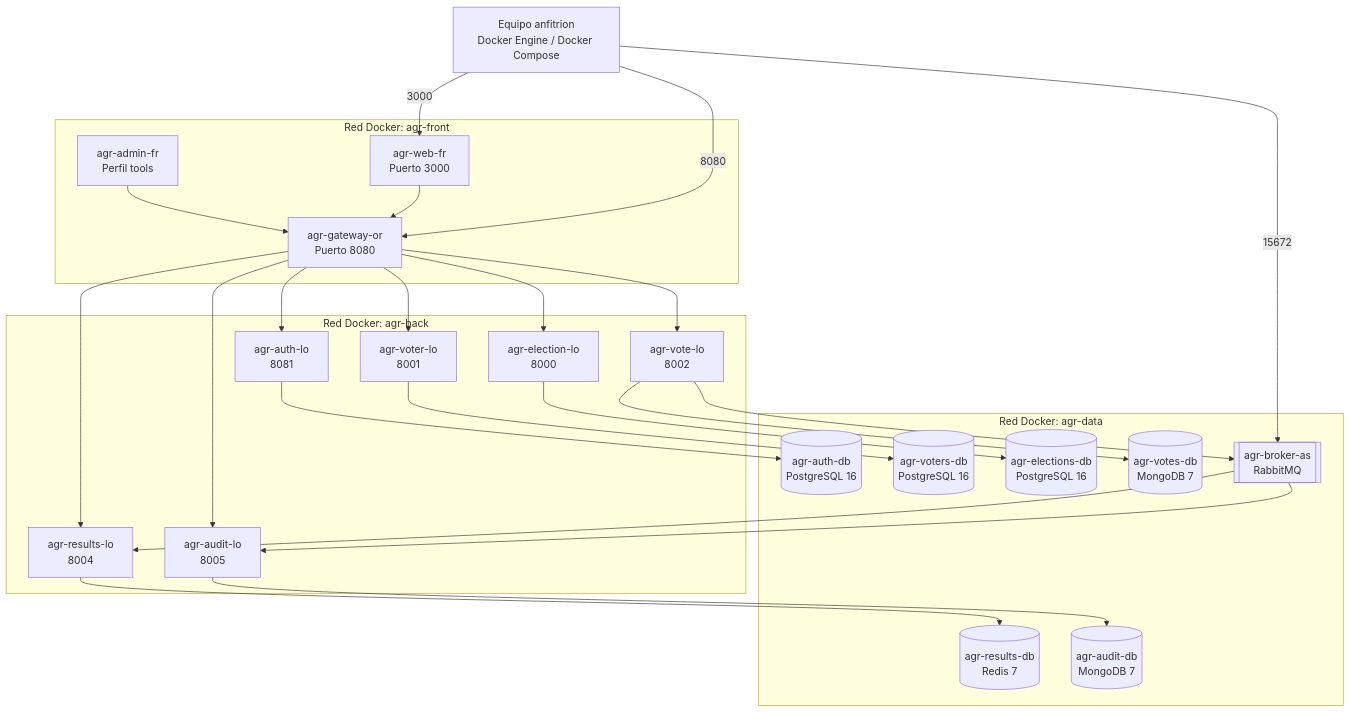
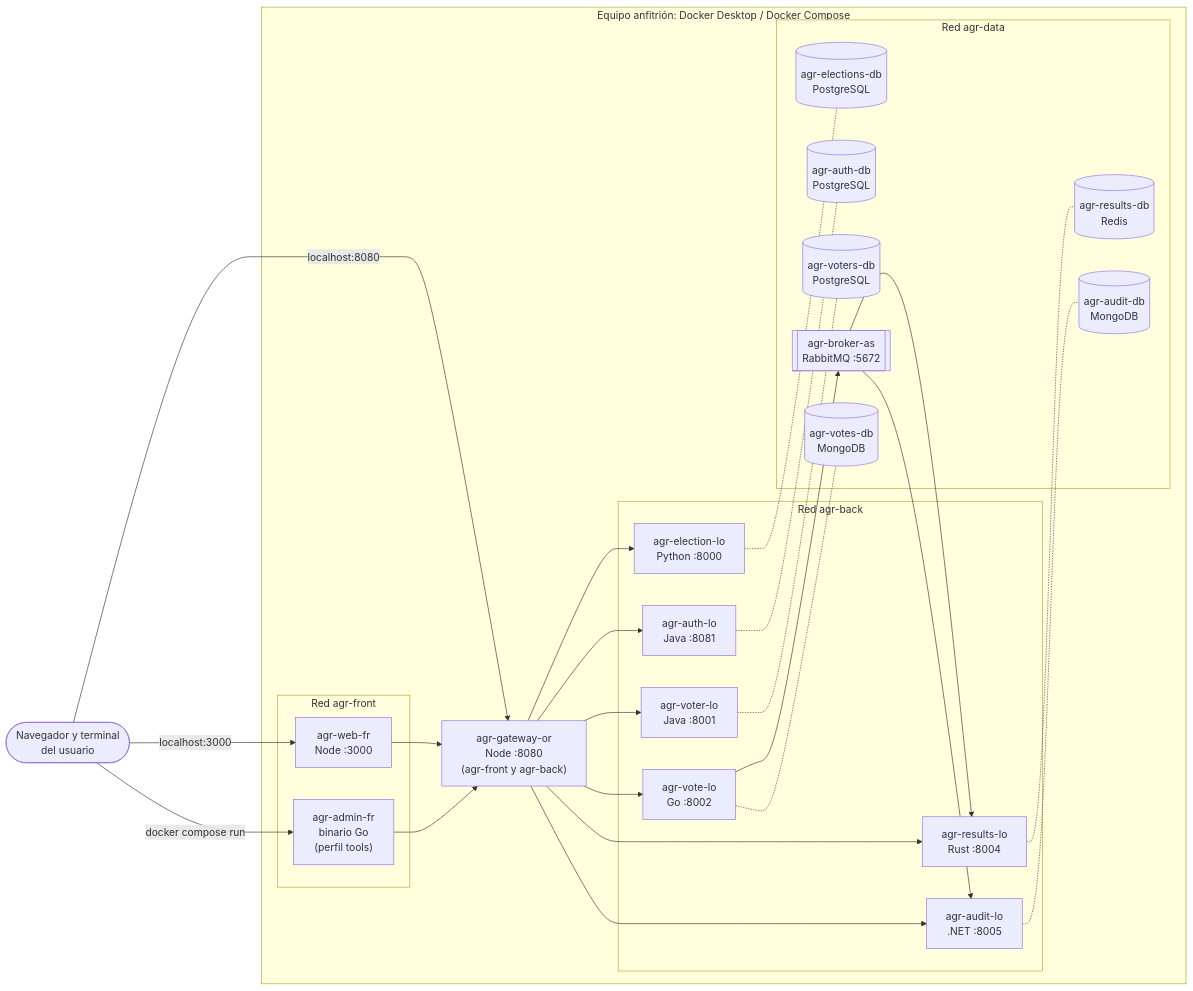
One commit to Cam152/ArquiSoft changed the second of 4 diagrams in artifacts/p2_1b.md. Above: the diagram before and after it, drawn with Mermaid.

````diff
--- a/artifacts/p2_1b.md
+++ b/artifacts/p2_1b.md
@@ -263,54 +263,57 @@
 ```mermaid
-flowchart TB
-    HOST["Equipo anfitrion<br/>Docker Engine / Docker Compose"]
+flowchart LR
+    USER(["Navegador y terminal<br/>del usuario"])
 
-    subgraph FRONT["Red Docker: agr-front"]
-        WEB["agr-web-fr<br/>Puerto 3000"]
-        CLI["agr-admin-fr<br/>Perfil tools"]
-        GW["agr-gateway-or<br/>Puerto 8080"]
+    subgraph HOST["Equipo anfitrión: Docker Desktop / Docker Compose"]
+        subgraph FRONT["Red agr-front"]
+            WEB["agr-web-fr<br/>Node :3000"]
+            CLI["agr-admin-fr<br/>binario Go<br/>(perfil tools)"]
+        end
+
+        GW["agr-gateway-or<br/>Node :8080<br/>(agr-front y agr-back)"]
+
+        subgraph BACK["Red agr-back"]
+            ELECTION["agr-election-lo<br/>Python :8000"]
+            AUTH["agr-auth-lo<br/>Java :8081"]
+            VOTER["agr-voter-lo<br/>Java :8001"]
+            RESULTS["agr-results-lo<br/>Rust :8004"]
+            AUDIT["agr-audit-lo<br/>.NET :8005"]
+            VOTE["agr-vote-lo<br/>Go :8002"]
+        end
+
+        subgraph DATA["Red agr-data"]
+            ELECTIONDB[("agr-elections-db<br/>PostgreSQL")]
+            AUTHDB[("agr-auth-db<br/>PostgreSQL")]
+            VOTERDB[("agr-voters-db<br/>PostgreSQL")]
+            RESULTSDB[("agr-results-db<br/>Redis")]
+            AUDITDB[("agr-audit-db<br/>MongoDB")]
+            BROKER[["agr-broker-as<br/>RabbitMQ :5672"]]
+            VOTEDB[("agr-votes-db<br/>MongoDB")]
+        end
     end
 
-    subgraph BACK["Red Docker: agr-back"]
-        AUTH["agr-auth-lo<br/>8081"]
-        VOTER["agr-voter-lo<br/>8001"]
-        ELECTION["agr-election-lo<br/>8000"]
-        VOTE["agr-vote-lo<br/>8002"]
-        RESULTS["agr-results-lo<br/>8004"]
-        AUDIT["agr-audit-lo<br/>8005"]
-    end
-
-    subgraph DATA["Red Docker: agr-data"]
-        AUTHDB[("agr-auth-db<br/>PostgreSQL 16")]
-        VOTERDB[("agr-voters-db<br/>PostgreSQL 16")]
-        ELECTIONDB[("agr-elections-db<br/>PostgreSQL 16")]
-        VOTEDB[("agr-votes-db<br/>MongoDB 7")]
-        RESULTSDB[("agr-results-db<br/>Redis 7")]
-        AUDITDB[("agr-audit-db<br/>MongoDB 7")]
-        BROKER[["agr-broker-as<br/>RabbitMQ"]]
-    end
-
-    HOST -->|"3000"| WEB
-    HOST -->|"8080"| GW
-    HOST -->|"15672"| BROKER
+    USER -->|"localhost:3000"| WEB
+    USER -->|"docker compose run"| CLI
+    USER -->|"localhost:8080"| GW
 
     WEB --> GW
     CLI --> GW
 
+    GW --> ELECTION
     GW --> AUTH
     GW --> VOTER
-    GW --> ELECTION
-    GW --> VOTE
     GW --> RESULTS
     GW --> AUDIT
+    GW --> VOTE
 
-    AUTH --> AUTHDB
-    VOTER --> VOTERDB
-    ELECTION --> ELECTIONDB
-    VOTE --> VOTEDB
-    RESULTS --> RESULTSDB
-    AUDIT --> AUDITDB
+    ELECTION -.- ELECTIONDB
+    AUTH -.- AUTHDB
+    VOTER -.- VOTERDB
+    RESULTS -.- RESULTSDB
+    AUDIT -.- AUDITDB
+    VOTE -.- VOTEDB
 
     VOTE --> BROKER
     BROKER --> RESULTS
     BROKER --> AUDIT
 ```
````
